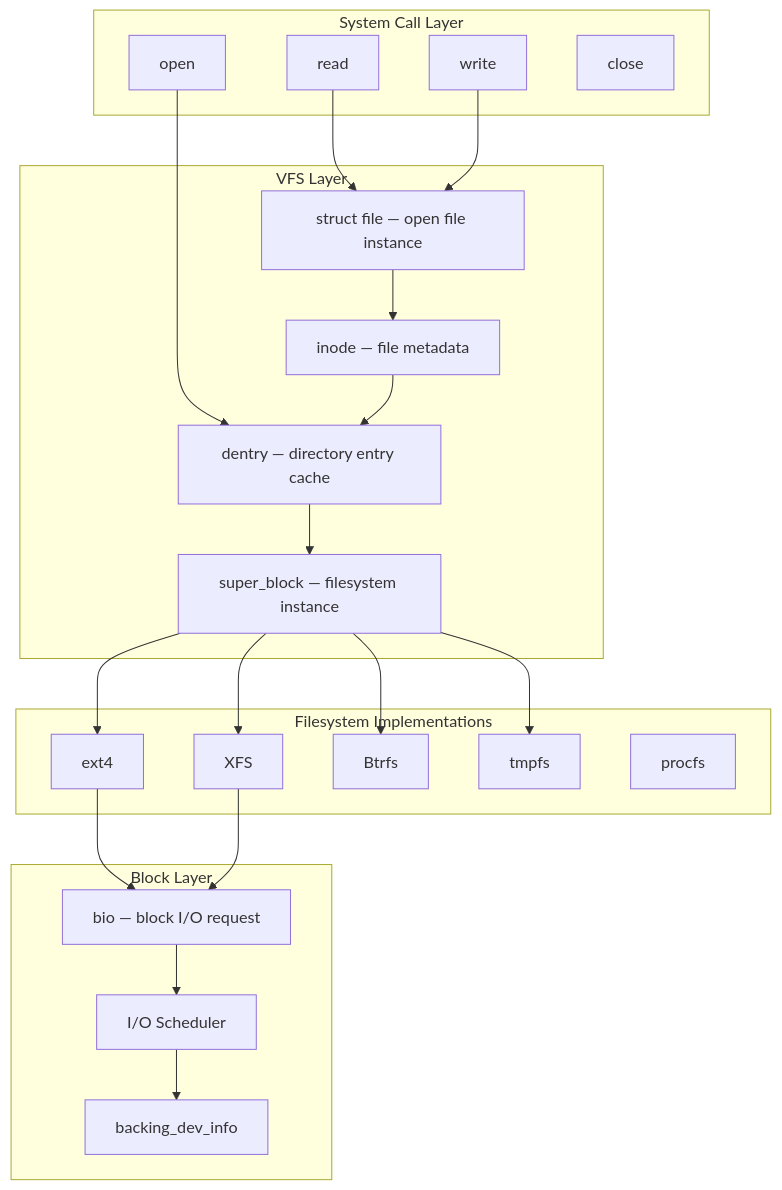
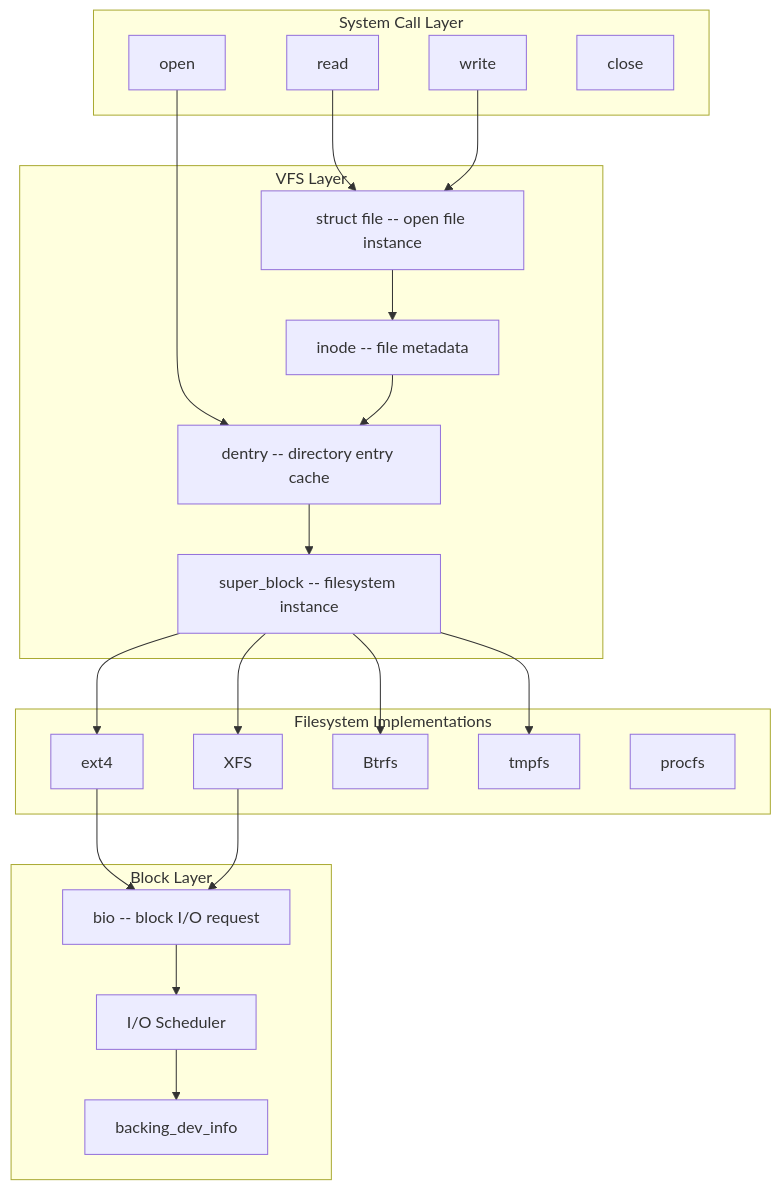
The sixth of 12 diagrams in src/kernel/architecture.md (Abhinav-Kumar012/lb2), drawn with Mermaid before and after one commit. The commit also changed other lines of this file and 211 other files, not shown here.

First line of the commit message:
fix: mermaid syntax issues across 212 files

````diff
--- a/src/kernel/architecture.md
+++ b/src/kernel/architecture.md
@@ -363,45 +363,45 @@
 ```mermaid
 graph TB
     subgraph "System Call Layer"
         SYS_OPEN[open]
         SYS_READ[read]
         SYS_WRITE[write]
         SYS_CLOSE[close]
     end
 
     subgraph "VFS Layer"
-        INODE[inode — file metadata]
-        DENTRY[dentry — directory entry cache]
-        FILE[struct file — open file instance]
-        SB[super_block — filesystem instance]
+        INODE[inode -- file metadata]
+        DENTRY[dentry -- directory entry cache]
+        FILE[struct file -- open file instance]
+        SB[super_block -- filesystem instance]
     end
 
     subgraph "Filesystem Implementations"
         EXT4[ext4]
         XFS[XFS]
         BTRFS[Btrfs]
         TMPFS[tmpfs]
         PROCFS[procfs]
     end
 
     subgraph "Block Layer"
-        BIO[bio — block I/O request]
+        BIO[bio -- block I/O request]
         BDI[backing_dev_info]
         IOSCHED[I/O Scheduler]
     end
 
     SYS_OPEN --> DENTRY
     SYS_READ --> FILE
     SYS_WRITE --> FILE
     FILE --> INODE
     INODE --> DENTRY
     DENTRY --> SB
     SB --> EXT4
     SB --> XFS
     SB --> BTRFS
     SB --> TMPFS
     EXT4 --> BIO
     XFS --> BIO
     BIO --> IOSCHED
     IOSCHED --> BDI
 ```
````
